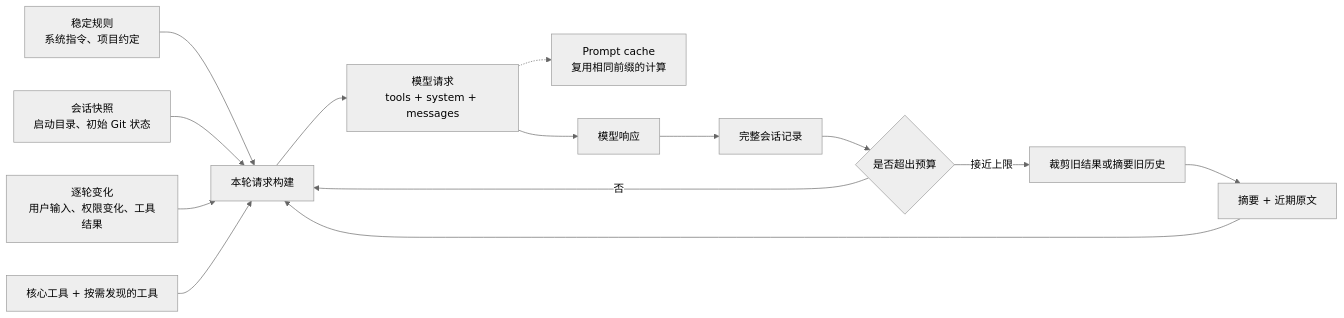
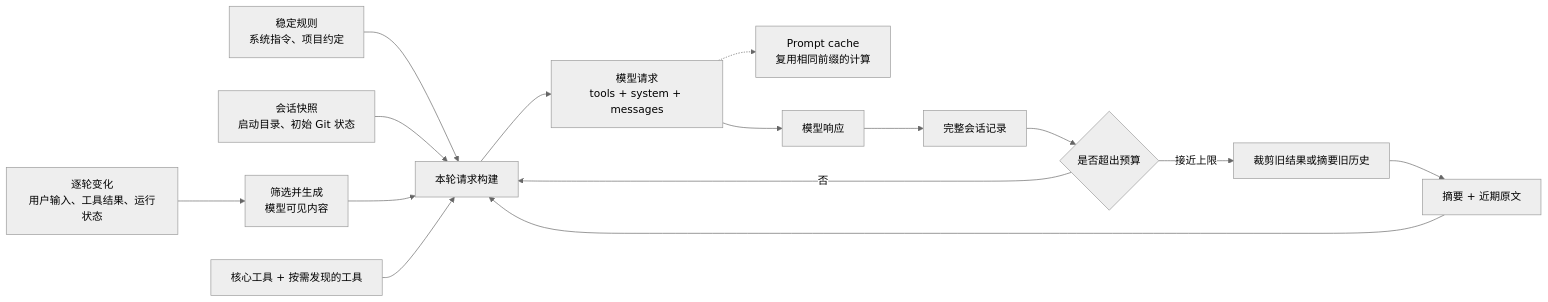
Before and after one commit to lyeka/agent-iv: the diagram in output/agent-context-management.md, drawn with Mermaid (neutral theme). The commit also changed other lines of this file, not shown here.

````diff
--- a/output/agent-context-management.md
+++ b/output/agent-context-management.md
@@ -22,16 +22,17 @@
 ```mermaid
 flowchart LR
     A["稳定规则<br/>系统指令、项目约定"] --> E["本轮请求构建"]
     B["会话快照<br/>启动目录、初始 Git 状态"] --> E
-    C["逐轮变化<br/>用户输入、权限变化、工具结果"] --> E
+    C["逐轮变化<br/>用户输入、工具结果、运行状态"] --> M["筛选并生成<br/>模型可见内容"]
+    M --> E
     D["完整会话记录"] --> F{"是否超出预算"}
     F -->|否| E
     F -->|接近上限| G["裁剪旧结果或摘要旧历史"]
     G --> H["摘要 + 近期原文"]
     H --> E
     I["核心工具 + 按需发现的工具"] --> E
     E --> J["模型请求<br/>tools + system + messages"]
     J -.-> K["Prompt cache<br/>复用相同前缀的计算"]
     J --> L["模型响应"]
     L --> D
 ```
````
